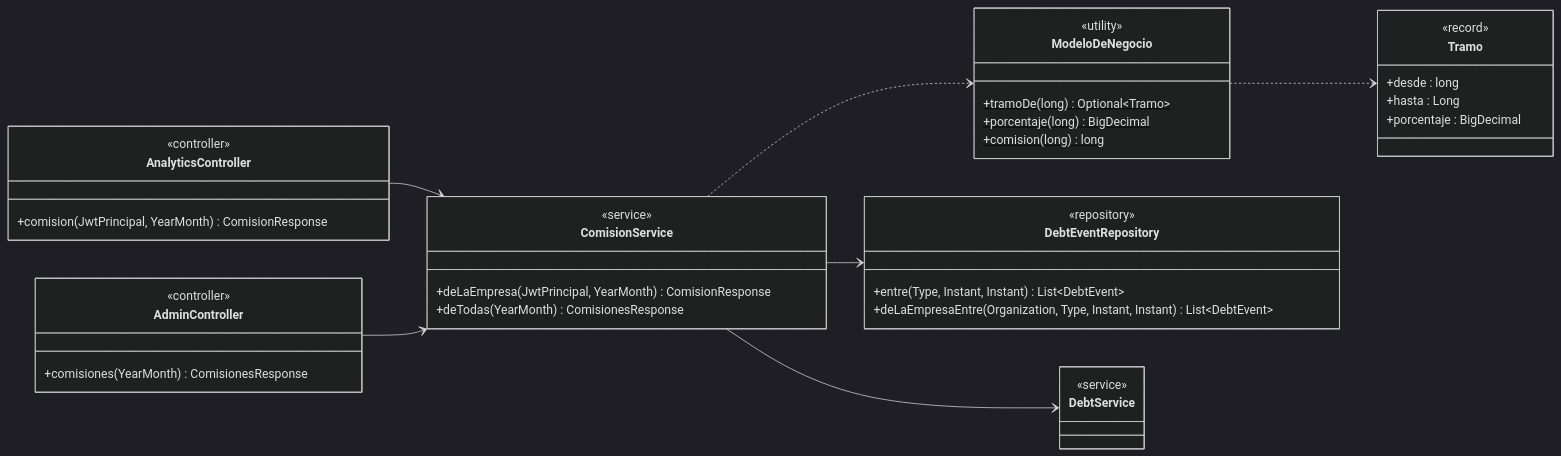
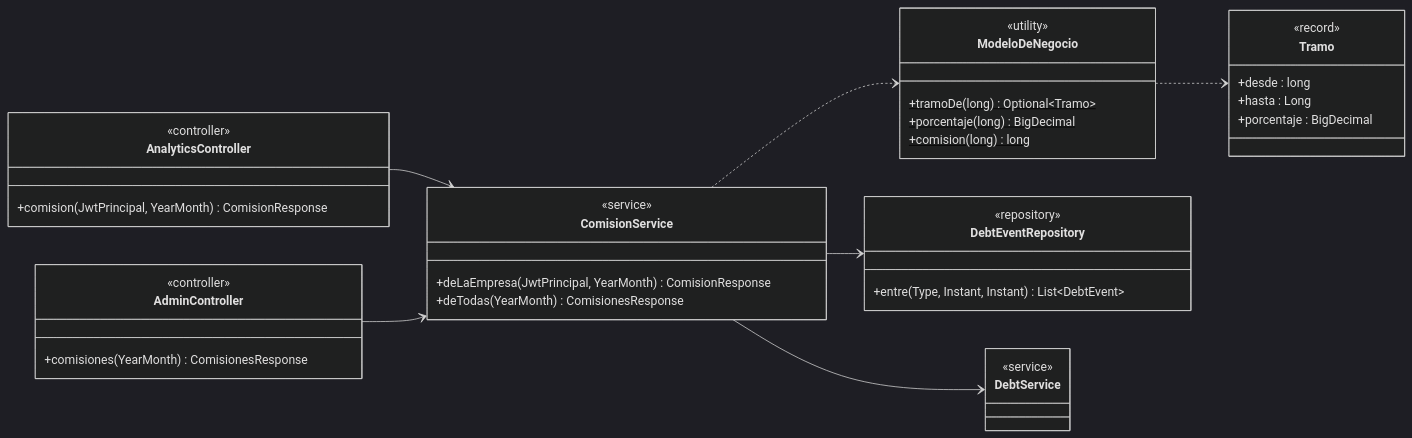
One commit to TechnicalBridge/DataBridge changed the eighth of 18 diagrams in docs/diagramas/clases.md. Above: the diagram before and after it, drawn with Mermaid (dark theme). The commit also changed other lines of this file and 7 other files, not shown here.

````diff
--- a/docs/diagramas/clases.md
+++ b/docs/diagramas/clases.md
@@ -1501,43 +1508,42 @@
 ```mermaid
 classDiagram
     direction LR
     class AnalyticsController {
         <<controller>>
         +comision(JwtPrincipal, YearMonth) ComisionResponse
     }
     class AdminController {
         <<controller>>
         +comisiones(YearMonth) ComisionesResponse
     }
     class ComisionService {
         <<service>>
         +deLaEmpresa(JwtPrincipal, YearMonth) ComisionResponse
         +deTodas(YearMonth) ComisionesResponse
     }
     class ModeloDeNegocio {
         <<utility>>
         +tramoDe(long)$ Optional~Tramo~
         +porcentaje(long)$ BigDecimal
         +comision(long)$ long
     }
     class Tramo {
         <<record>>
         +desde : long
         +hasta : Long
         +porcentaje : BigDecimal
     }
     class DebtEventRepository {
         <<repository>>
         +entre(Type, Instant, Instant) List~DebtEvent~
-        +deLaEmpresaEntre(Organization, Type, Instant, Instant) List~DebtEvent~
     }
     class DebtService {
         <<service>>
     }
     AnalyticsController --> ComisionService
     AdminController --> ComisionService
     ComisionService --> DebtEventRepository
     ComisionService --> DebtService
     ComisionService ..> ModeloDeNegocio
     ModeloDeNegocio ..> Tramo
 ```
````
